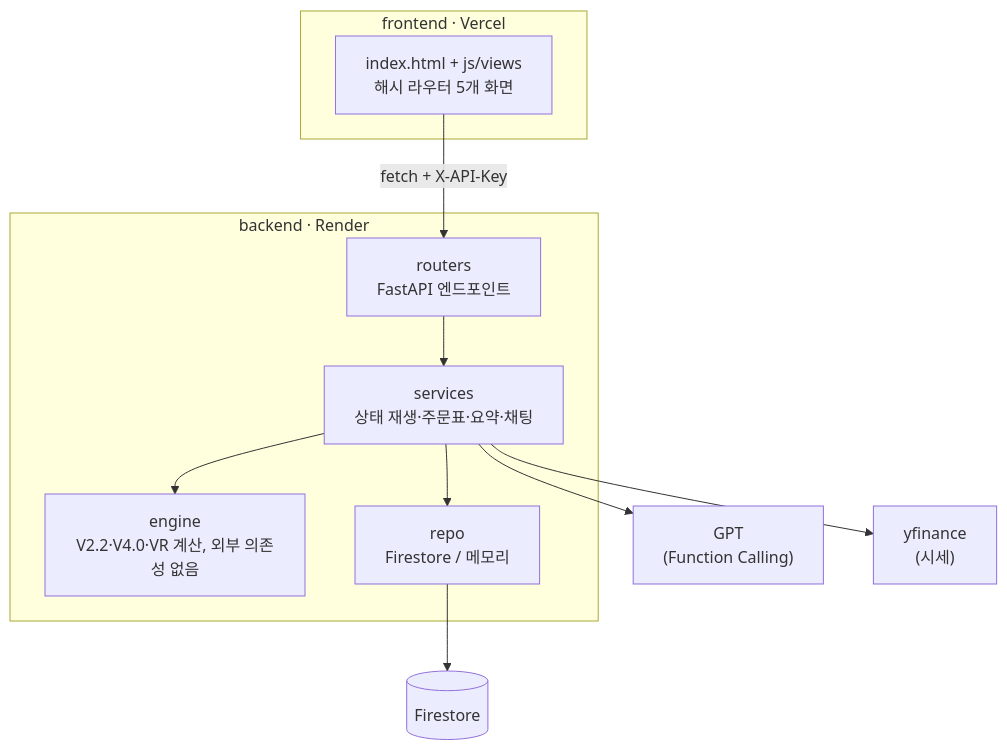
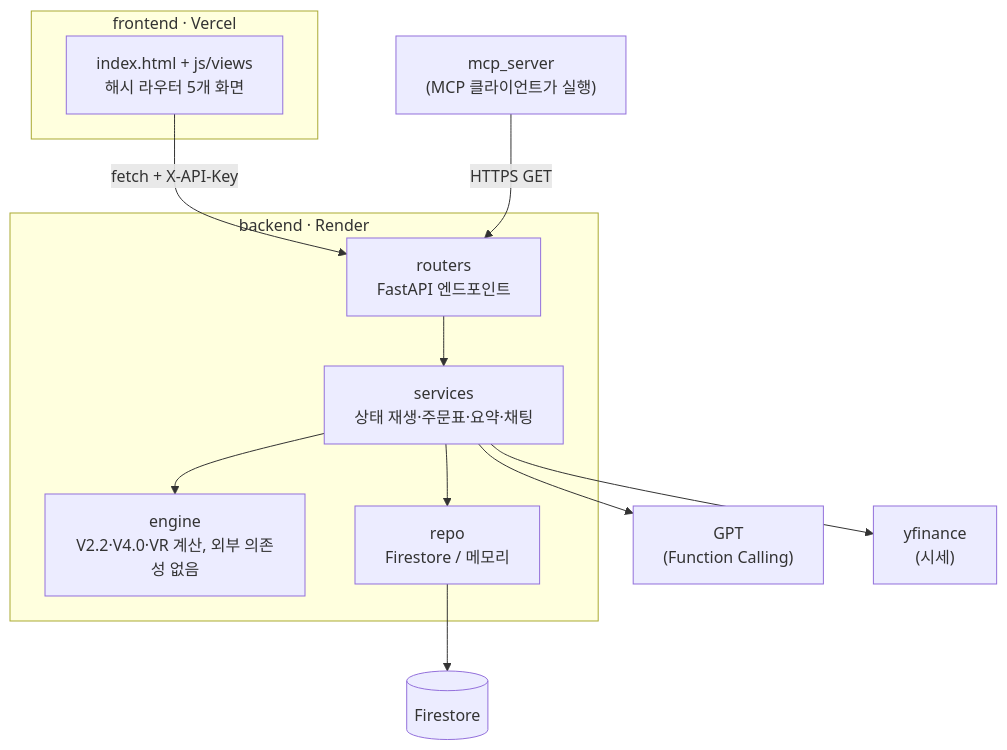
One commit to goodday-min/Rule_Keeper changed the fifth of 15 diagrams in README.md. Above: the diagram before and after it, drawn with Mermaid. The commit also changed other lines of this file, not shown here.

Commit message:
README 보강, MCP 서버 추가

````diff
--- a/README.md
+++ b/README.md
@@ -215,15 +346,16 @@
 ```mermaid
 flowchart TB
     subgraph FE[frontend · Vercel]
         UI[index.html + js/views<br/>해시 라우터 5개 화면]
     end
     subgraph BE[backend · Render]
         R[routers<br/>FastAPI 엔드포인트] --> SV[services<br/>상태 재생·주문표·요약·채팅]
         SV --> EN[engine<br/>V2.2·V4.0·VR 계산, 외부 의존성 없음]
         SV --> RP[repo<br/>Firestore / 메모리]
     end
     UI -->|fetch + X-API-Key| R
     RP --> FS[(Firestore)]
     SV --> GPT["GPT<br/>(Function Calling)"]
     SV --> YF["yfinance<br/>(시세)"]
+    MCP["mcp_server<br/>(MCP 클라이언트가 실행)"] -->|HTTPS GET| R
 ```
````
